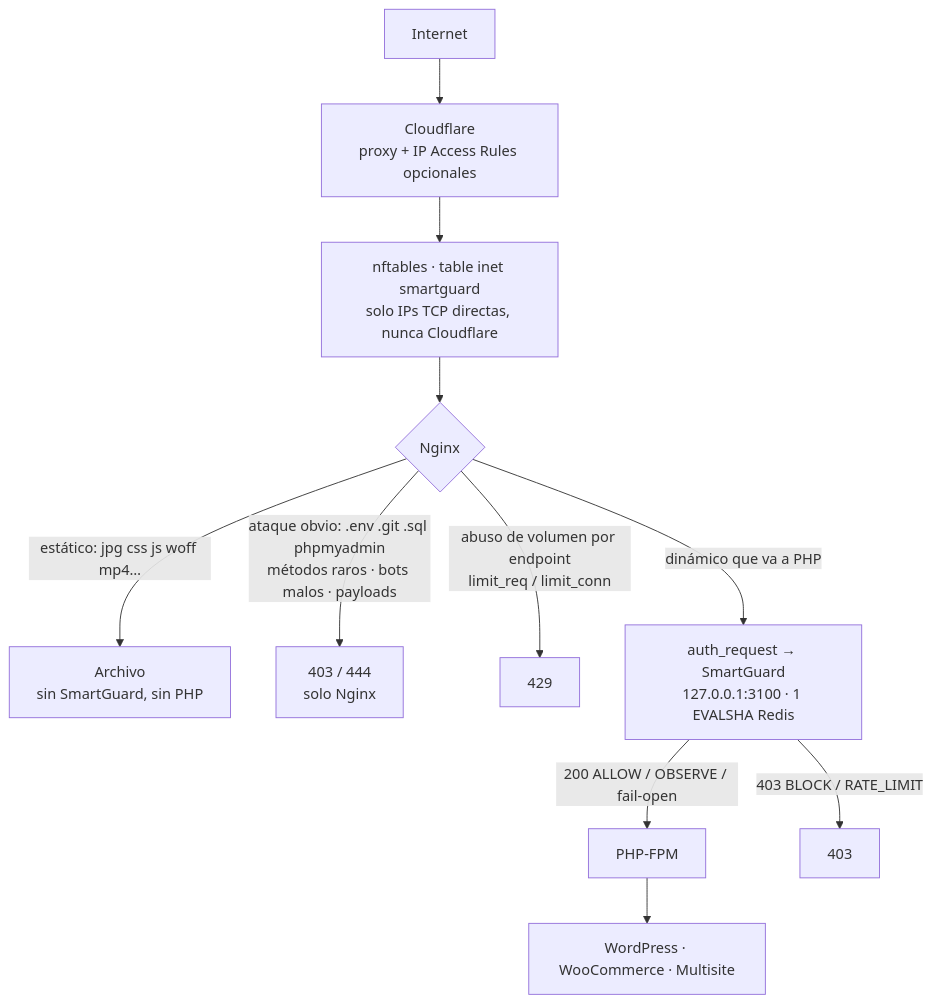
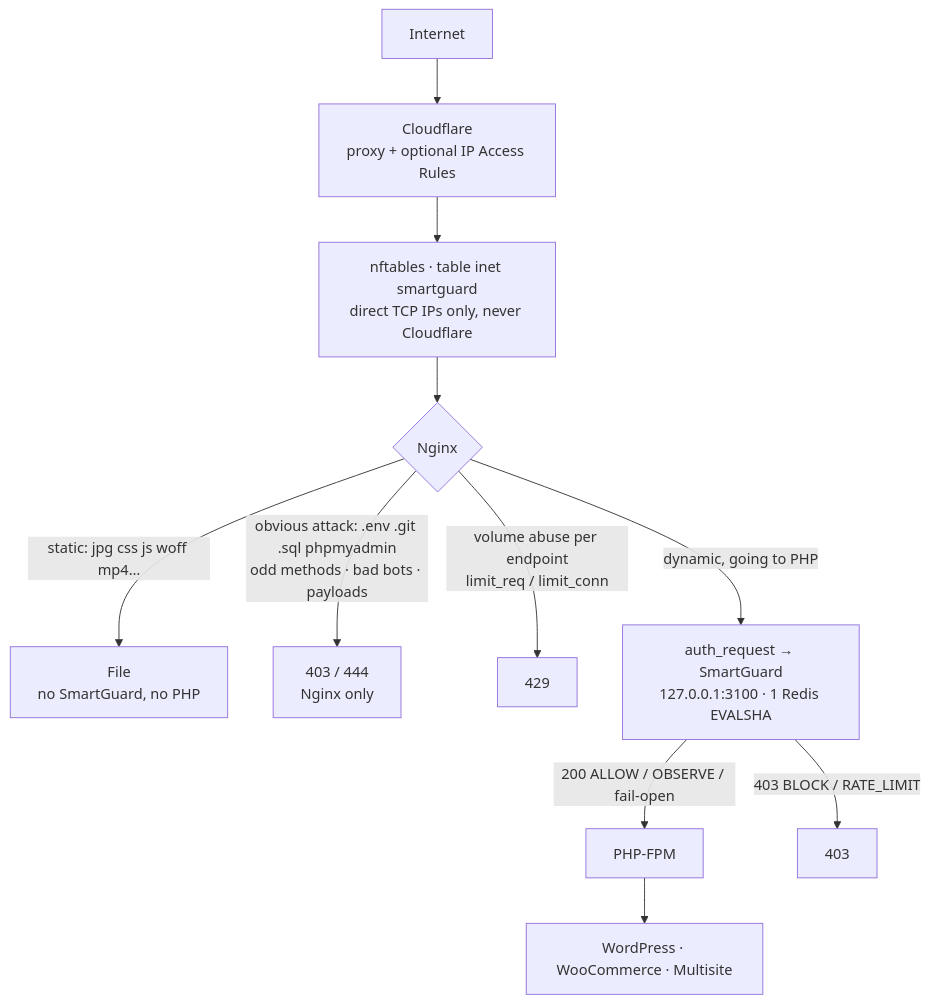
One commit to piero2011/smartguard changed the first of 2 diagrams in README.md. Above: the diagram before and after it, drawn with Mermaid. The commit also changed other lines of this file and 20 other files, not shown here.

````diff
--- a/README.md
+++ b/README.md
@@ -17,13 +21,13 @@
 ```mermaid
 flowchart TD
-    I[Internet] --> CF[Cloudflare<br/>proxy + IP Access Rules opcionales]
-    CF --> NFT[nftables · table inet smartguard<br/>solo IPs TCP directas, nunca Cloudflare]
+    I[Internet] --> CF[Cloudflare<br/>proxy + optional IP Access Rules]
+    CF --> NFT[nftables · table inet smartguard<br/>direct TCP IPs only, never Cloudflare]
     NFT --> NG{Nginx}
-    NG -->|estático: jpg css js woff mp4…| FILE[Archivo<br/>sin SmartGuard, sin PHP]
-    NG -->|ataque obvio: .env .git .sql phpmyadmin<br/>métodos raros · bots malos · payloads| D403[403 / 444<br/>solo Nginx]
-    NG -->|abuso de volumen por endpoint<br/>limit_req / limit_conn| D429[429]
-    NG -->|dinámico que va a PHP| AUTH[auth_request → SmartGuard<br/>127.0.0.1:3100 · 1 EVALSHA Redis]
+    NG -->|static: jpg css js woff mp4…| FILE[File<br/>no SmartGuard, no PHP]
+    NG -->|obvious attack: .env .git .sql phpmyadmin<br/>odd methods · bad bots · payloads| D403[403 / 444<br/>Nginx only]
+    NG -->|volume abuse per endpoint<br/>limit_req / limit_conn| D429[429]
+    NG -->|dynamic, going to PHP| AUTH[auth_request → SmartGuard<br/>127.0.0.1:3100 · 1 Redis EVALSHA]
     AUTH -->|200 ALLOW / OBSERVE / fail-open| FPM[PHP-FPM]
     AUTH -->|403 BLOCK / RATE_LIMIT| B403[403]
     FPM --> WP[WordPress · WooCommerce · Multisite]
 ```
````
